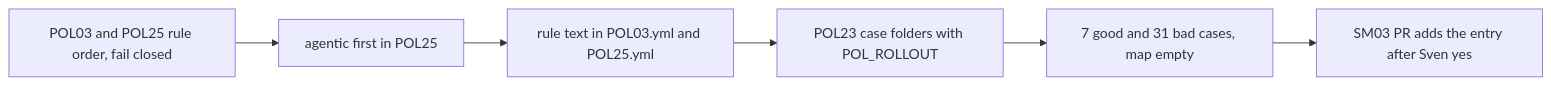
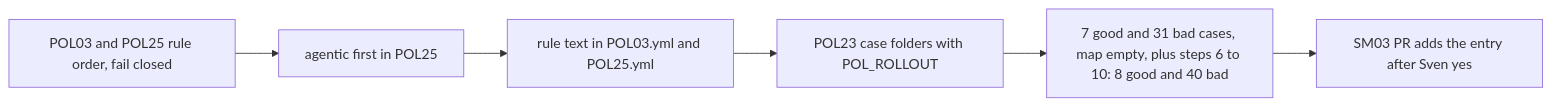
Before and after one commit to svennijhuis/agentic-workflows: the second of 2 diagrams in docs/pbi/smoke/SM05.md, drawn with Mermaid. The commit also changed other lines of this file and 7 other files, not shown here.

````diff
--- a/docs/pbi/smoke/SM05.md
+++ b/docs/pbi/smoke/SM05.md
@@ -182,8 +186,8 @@
 ```mermaid
 flowchart LR
   S1[POL03 and POL25 rule order, fail closed] --> S2[agentic first in POL25]
   S2 --> S3[rule text in POL03.yml and POL25.yml]
   S3 --> S4[POL23 case folders with POL_ROLLOUT]
-  S4 --> S5[7 good and 31 bad cases, map empty]
+  S4 --> S5[7 good and 31 bad cases, map empty, plus steps 6 to 10: 8 good and 40 bad]
   S5 --> S6[SM03 PR adds the entry after Sven yes]
 ```
````
